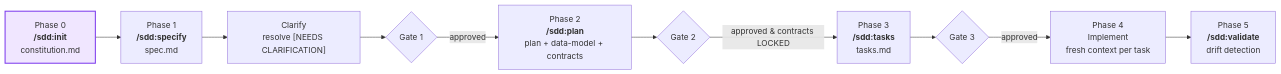
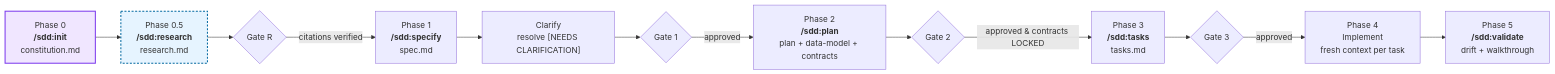
The diagram in README.md (mariano-aguero/spec-driven-development-skill), drawn with Mermaid before and after one commit. The commit also changed other lines of this file and 21 other files, not shown here.

First line of the commit message:
feat: v1.5.0 — Research phase, context engineering, comprehension gate, output formats

````diff
--- a/README.md
+++ b/README.md
@@ -48,14 +51,17 @@
 ```mermaid
 flowchart LR
-    P0["Phase 0<br/><b>/sdd:init</b><br/>constitution.md"]:::once --> P1
+    P0["Phase 0<br/><b>/sdd:init</b><br/>constitution.md"]:::once --> PR
+    PR["Phase 0.5<br/><b>/sdd:research</b><br/>research.md"]:::cond --> GR{Gate R}
+    GR -->|citations verified| P1
     P1["Phase 1<br/><b>/sdd:specify</b><br/>spec.md"] --> CL["Clarify<br/>resolve [NEEDS CLARIFICATION]"]
     CL --> G1{Gate 1}
     G1 -->|approved| P2["Phase 2<br/><b>/sdd:plan</b><br/>plan + data-model + contracts"]
     P2 --> G2{Gate 2}
     G2 -->|approved & contracts LOCKED| P3["Phase 3<br/><b>/sdd:tasks</b><br/>tasks.md"]
     P3 --> G3{Gate 3}
     G3 -->|approved| P4["Phase 4<br/>Implement<br/>fresh context per task"]
-    P4 --> P5["Phase 5<br/><b>/sdd:validate</b><br/>drift detection"]
+    P4 --> P5["Phase 5<br/><b>/sdd:validate</b><br/>drift + walkthrough"]
 
     classDef once fill:#f0e6ff,stroke:#7c3aed,stroke-width:2px
+    classDef cond fill:#e6f4ff,stroke:#0369a1,stroke-width:2px,stroke-dasharray: 4 3
 ```
````
